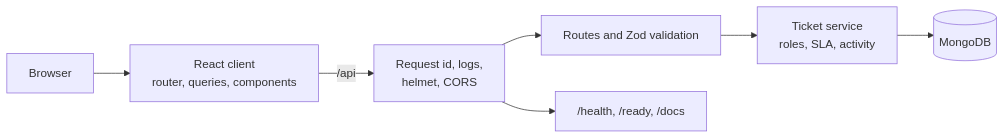
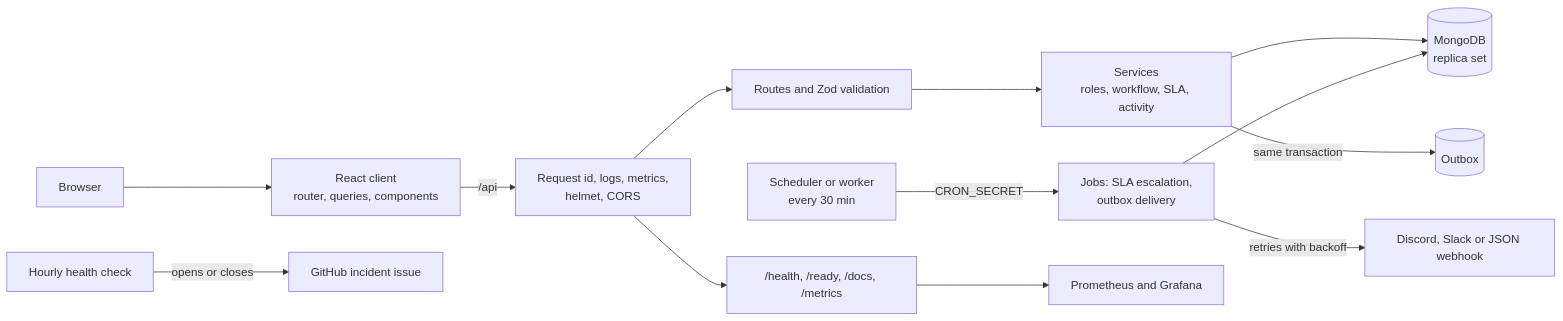
One commit to proyneon-hub/it-ticketing-system changed the first of 2 diagrams in README.md. Above: the diagram before and after it, drawn with Mermaid. The commit also changed other lines of this file and 19 other files, not shown here.

````diff
--- a/README.md
+++ b/README.md
@@ -69,9 +105,15 @@
 ```mermaid
 flowchart LR
   Browser --> Client[React client<br/>router, queries, components]
-  Client -->|/api| Edge[Request id, logs,<br/>helmet, CORS]
+  Client -->|/api| Edge[Request id, logs, metrics,<br/>helmet, CORS]
   Edge --> Routes[Routes and Zod validation]
-  Routes --> Services[Ticket service<br/>roles, SLA, activity]
-  Services --> DB[(MongoDB)]
-  Edge --> Ops["/health, /ready, /docs"]
+  Routes --> Services[Services<br/>roles, workflow, SLA, activity]
+  Services --> DB[(MongoDB<br/>replica set)]
+  Services -->|same transaction| Outbox[(Outbox)]
+  Cron[Scheduler or worker<br/>every 30 min] -->|CRON_SECRET| Jobs[Jobs: SLA escalation,<br/>outbox delivery]
+  Jobs --> DB
+  Jobs -->|retries with backoff| Hook[Discord, Slack or JSON webhook]
+  Edge --> Ops["/health, /ready, /docs, /metrics"]
+  Ops --> Prom[Prometheus and Grafana]
+  Health[Hourly health check] -->|opens or closes| Issue[GitHub incident issue]
 ```
````
